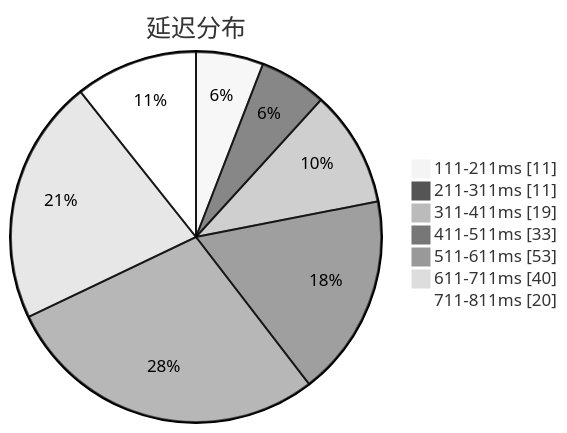
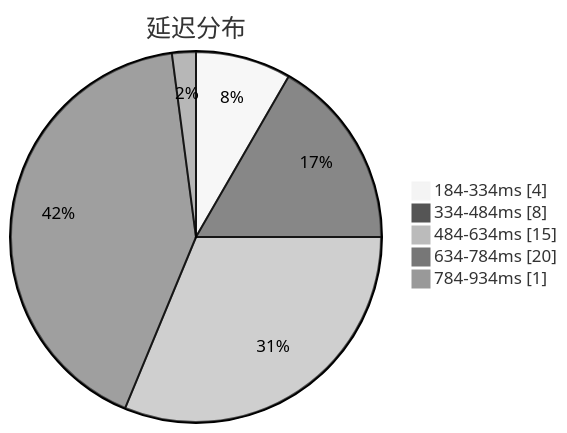
One commit to sinspired/airport changed the first of 3 diagrams in subs/statistics/tested_within.md. Above: the diagram before and after it, drawn with Mermaid (neutral theme). The commit also changed other lines of this file and 2 other files, not shown here.

````diff
--- a/subs/statistics/tested_within.md
+++ b/subs/statistics/tested_within.md
@@ -2,11 +2,9 @@
 ```mermaid
 pie showData
 title 延迟分布
-"111-211ms" : 11
-"211-311ms" : 11
-"311-411ms" : 19
-"411-511ms" : 33
-"511-611ms" : 53
-"611-711ms" : 40
-"711-811ms" : 20
+"184-334ms" : 4
+"334-484ms" : 8
+"484-634ms" : 15
+"634-784ms" : 20
+"784-934ms" : 1
 ```
````
